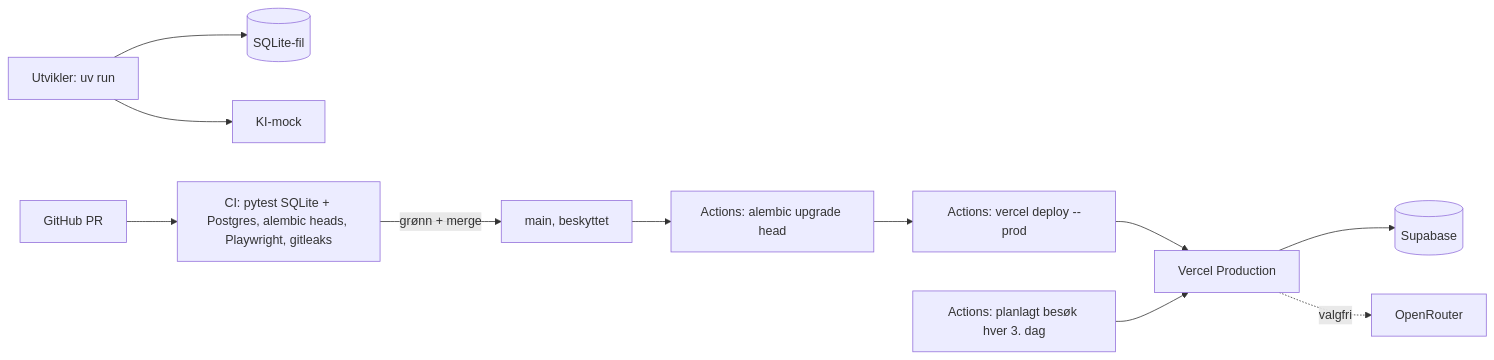
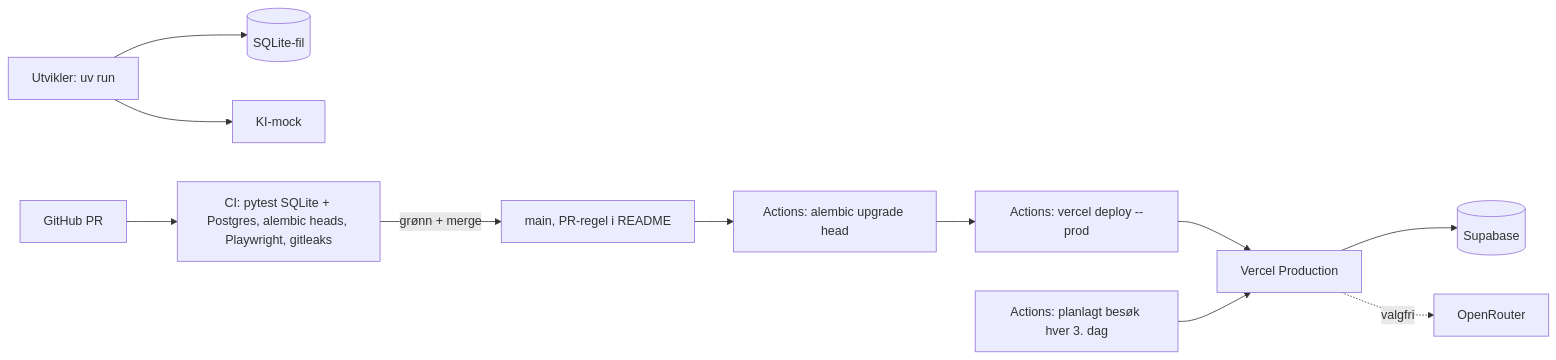
The second of 3 diagrams in _bmad-output/planning-artifacts/architecture/architecture-G22-bernardo-kverno-moystad-nguyen-2026-11-08/ARCHITECTURE-SPINE.md (IBE160-2026/G22-bernardo-kverno-moystad-nguyen), drawn with Mermaid before and after one commit. The commit also changed other lines of this file and 2 other files, not shown here.

````diff
--- a/_bmad-output/planning-artifacts/architecture/architecture-G22-bernardo-kverno-moystad-nguyen-2026-11-08/ARCHITECTURE-SPINE.md
+++ b/_bmad-output/planning-artifacts/architecture/architecture-G22-bernardo-kverno-moystad-nguyen-2026-11-08/ARCHITECTURE-SPINE.md
@@ -329,13 +329,13 @@
 ```mermaid
 graph LR
   dev[Utvikler: uv run] --> sqlite[(SQLite-fil)]
   dev --> mock[KI-mock]
   pr[GitHub PR] --> ci[CI: pytest SQLite + Postgres, alembic heads, Playwright, gitleaks]
-  ci -->|grønn + merge| main[main, beskyttet]
+  ci -->|grønn + merge| main[main, PR-regel i README]
   main --> mig[Actions: alembic upgrade head]
   mig --> dep[Actions: vercel deploy --prod]
   dep --> prod[Vercel Production]
   prod --> sb[(Supabase)]
   prod -. valgfri .-> or[OpenRouter]
   keep[Actions: planlagt besøk hver 3. dag] --> prod
 ```
````
